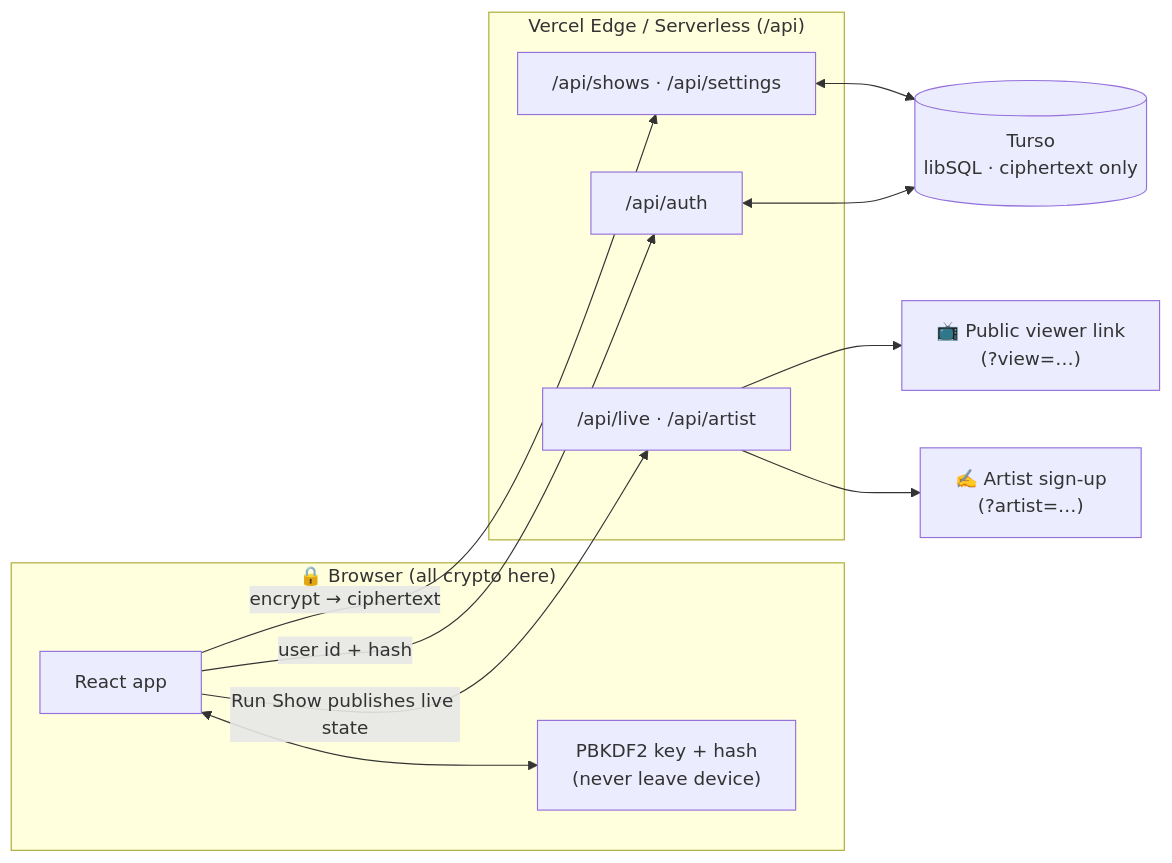
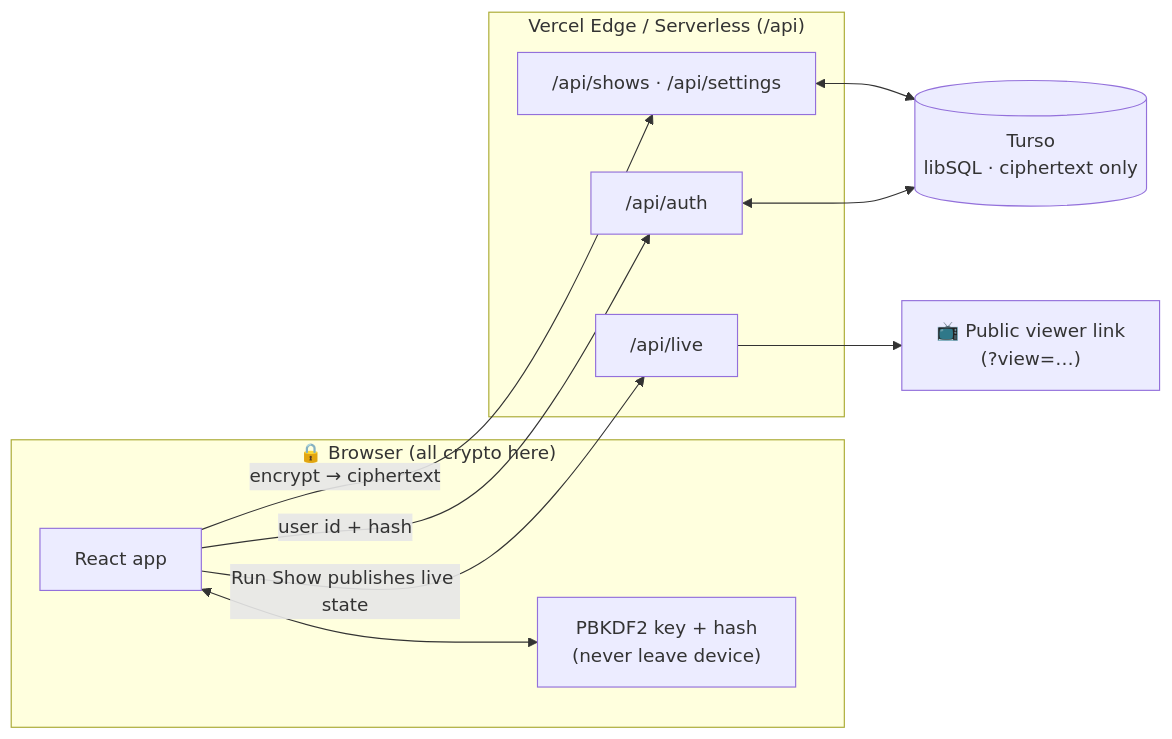
The diagram in README.md (taylordrew4u2/Showrunner-ICanRunAShow), drawn with Mermaid before and after one commit. The commit also changed other lines of this file and 19 other files, not shown here.

First line of the commit message:
Remove the artist dashboard and public sign-up feature

````diff
--- a/README.md
+++ b/README.md
@@ -217,26 +202,24 @@
 ```mermaid
 flowchart LR
     subgraph Browser["🔒 Browser (all crypto here)"]
         UI["React app"]
         Key["PBKDF2 key + hash<br/>(never leave device)"]
         UI <--> Key
     end
 
     subgraph Edge["Vercel Edge / Serverless (/api)"]
         Auth["/api/auth"]
         Data["/api/shows · /api/settings"]
-        Live["/api/live · /api/artist"]
+        Live["/api/live"]
     end
 
     DB[("Turso<br/>libSQL · ciphertext only")]
     Viewer["📺 Public viewer link<br/>(?view=…)"]
-    Signup["✍️ Artist sign-up<br/>(?artist=…)"]
 
     UI -- "encrypt → ciphertext" --> Data
     UI -- "user id + hash" --> Auth
     Data <--> DB
     Auth <--> DB
     UI -- "Run Show publishes live state" --> Live
     Live --> Viewer
-    Live --> Signup
 ```
````
